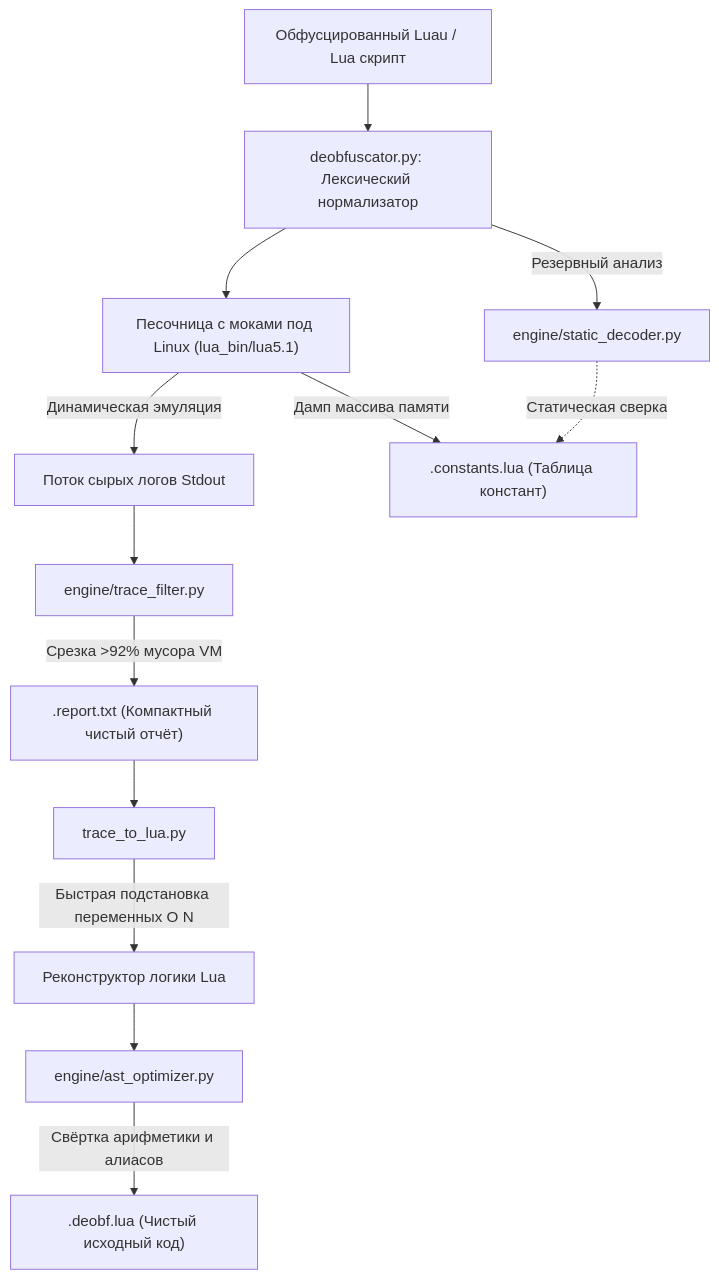
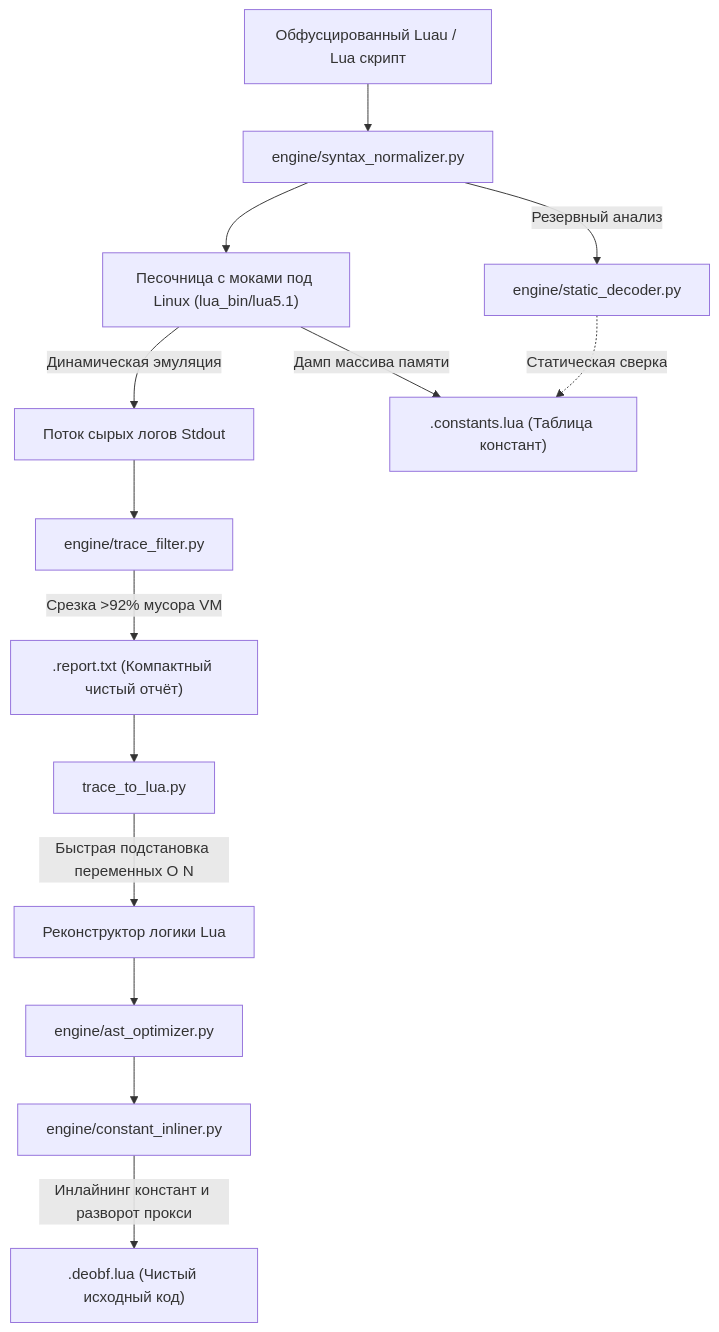
The diagram in README.ru.md (NoName2323-wq/Epimetheus), drawn with Mermaid before and after one commit. The commit also changed other lines of this file and 7 other files, not shown here.

Commit message:
feat(engine): add syntax_normalizer and constant_inliner sub-engines, bump to v2.6.0

````diff
--- a/README.ru.md
+++ b/README.ru.md
@@ -81,18 +89,19 @@
 ```mermaid
 flowchart TD
-    A["Обфусцированный Luau / Lua скрипт"] --> B["deobfuscator.py: Лексический нормализатор"]
+    A["Обфусцированный Luau / Lua скрипт"] --> B["engine/syntax_normalizer.py"]
     B --> C["Песочница с моками под Linux (lua_bin/lua5.1)"]
     C -->|Динамическая эмуляция| D["Поток сырых логов Stdout"]
     B -->|Резервный анализ| E["engine/static_decoder.py"]
     
     D --> F["engine/trace_filter.py"]
     F -->|Срезка >92% мусора VM| G[".report.txt (Компактный чистый отчёт)"]
     
     G --> H["trace_to_lua.py"]
     H -->|Быстрая подстановка переменных O N| I["Реконструктор логики Lua"]
     I --> J["engine/ast_optimizer.py"]
+    J --> K["engine/constant_inliner.py"]
     
-    J -->|Свёртка арифметики и алиасов| K[".deobf.lua (Чистый исходный код)"]
-    C -->|Дамп массива памяти| L[".constants.lua (Таблица констант)"]
-    E -.->|Статическая сверка| L
+    K -->|Инлайнинг констант и разворот прокси| L[".deobf.lua (Чистый исходный код)"]
+    C -->|Дамп массива памяти| M[".constants.lua (Таблица констант)"]
+    E -.->|Статическая сверка| M
 ```
````
